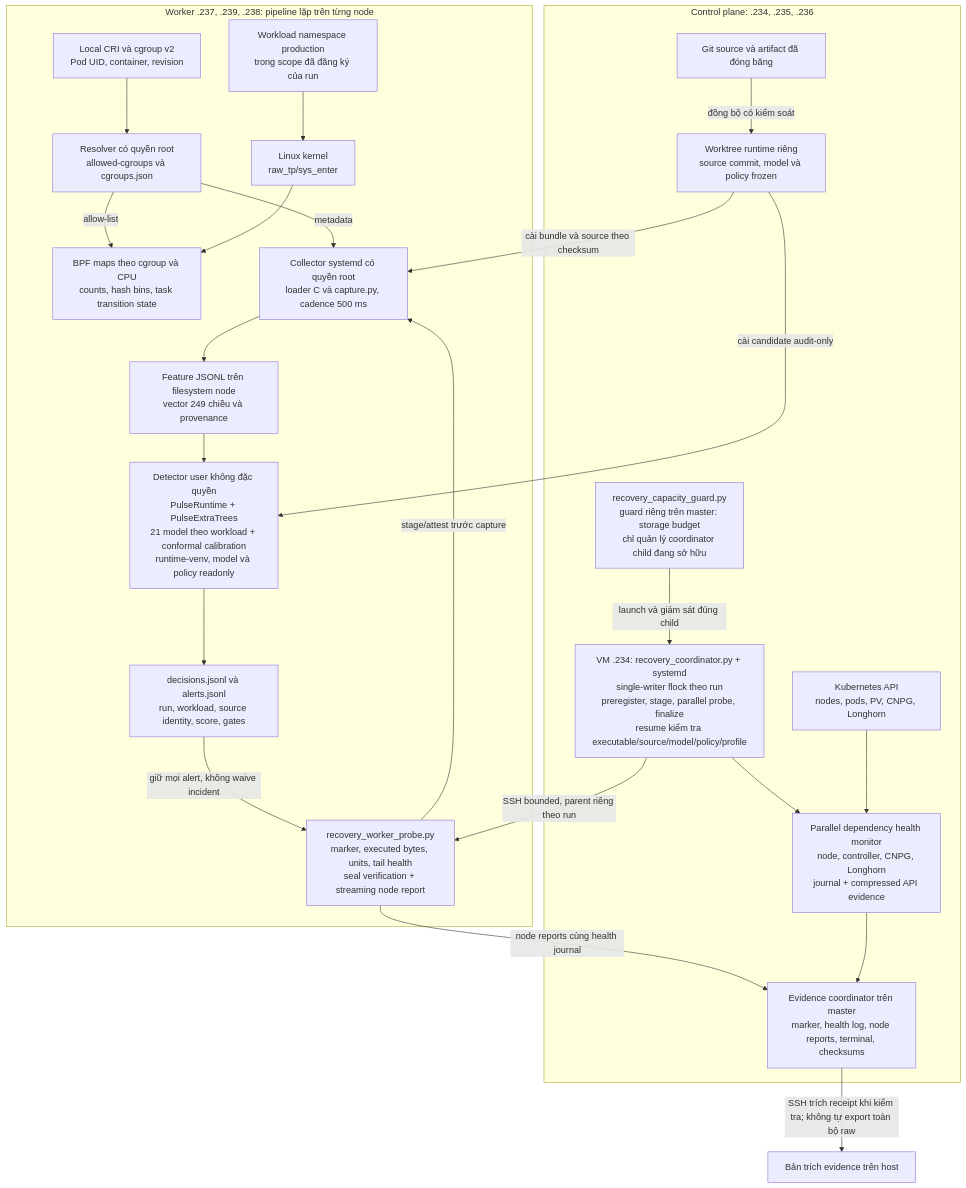
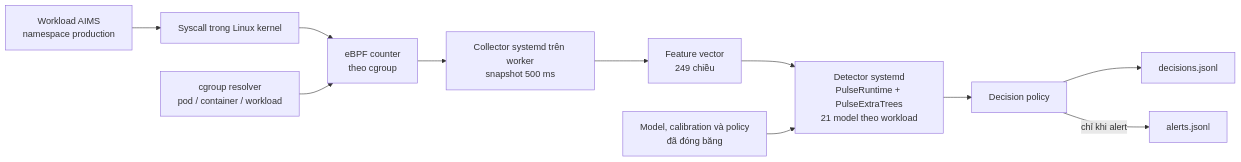
Before and after one commit to tndat-dev/eBPF-project: the first of 3 diagrams in sentinel-pulse.md, drawn with Mermaid. The commit also changed other lines of this file, not shown here.

Commit message:
Restore simple Sentinel Pulse architecture diagram

````diff
--- a/sentinel-pulse.md
+++ b/sentinel-pulse.md
@@ -50,46 +50,13 @@
 ```mermaid
-flowchart TB
-    subgraph CP["Control plane: .234, .235, .236"]
-        API["Kubernetes API<br/>nodes, pods, PV, CNPG, Longhorn"]
-        REPO["Git source và artifact đã đóng băng"]
-        GUARD["recovery_capacity_guard.py<br/>guard riêng trên master: storage budget<br/>chỉ quản lý coordinator child đang sở hữu"]
-        ORCH["VM .234: recovery_coordinator.py + systemd<br/>single-writer flock theo run<br/>preregister, stage, parallel probe, finalize<br/>resume kiểm tra executable/source/model/policy/profile"]
-        FROZEN["Worktree runtime riêng<br/>source commit, model và policy frozen"]
-        HEALTH["Parallel dependency health monitor<br/>node, controller, CNPG, Longhorn<br/>journal + compressed API evidence"]
-        ARCHIVE["Evidence coordinator trên master<br/>marker, health log, node reports, terminal, checksums"]
-    end
-
-    subgraph WORKERS["Worker .237, .239, .238: pipeline lặp trên từng node"]
-        POD["Workload namespace production<br/>trong scope đã đăng ký của run"]
-        CRI["Local CRI và cgroup v2<br/>Pod UID, container, revision"]
-        RES["Resolver có quyền root<br/>allowed-cgroups và cgroups.json"]
-        KERNEL["Linux kernel<br/>raw_tp/sys_enter"]
-        MAP["BPF maps theo cgroup và CPU<br/>counts, hash bins, task transition state"]
-        COL["Collector systemd có quyền root<br/>loader C và capture.py, cadence 500 ms"]
-        FEATURE["Feature JSONL trên filesystem node<br/>vector 249 chiều và provenance"]
-        DET["Detector user không đặc quyền<br/>PulseRuntime + PulseExtraTrees<br/>21 model theo workload + conformal calibration<br/>runtime-venv, model và policy readonly"]
-        OUTPUT["decisions.jsonl và alerts.jsonl<br/>run, workload, source identity, score, gates"]
-        PROBE["recovery_worker_probe.py<br/>marker, executed bytes, units, tail health<br/>seal verification + streaming node report"]
-    end
-
-    REPO -->|"đồng bộ có kiểm soát"| FROZEN
-    FROZEN -->|"cài bundle và source theo checksum"| COL
-    FROZEN -->|"cài candidate audit-only"| DET
-    GUARD -->|"launch và giám sát đúng child"| ORCH
-    CRI --> RES
-    RES -->|"allow-list"| MAP
-    RES -->|"metadata"| COL
-    POD --> KERNEL
-    KERNEL --> MAP
-    COL --> FEATURE
-    FEATURE --> DET
-    DET --> OUTPUT
-    ORCH -->|"SSH bounded, parent riêng theo run"| PROBE
-    PROBE -->|"stage/attest trước capture"| COL
-    OUTPUT -->|"giữ mọi alert, không waive incident"| PROBE
-    PROBE -->|"node reports cùng health journal"| ARCHIVE
-    ORCH --> HEALTH
-    API --> HEALTH
-    HEALTH --> ARCHIVE
-    ARCHIVE -->|"SSH trích receipt khi kiểm tra; không tự export toàn bộ raw"| LOCAL["Bản trích evidence trên host"]
+flowchart LR
+    APP["Workload AIMS<br/>namespace production"] --> CALL["Syscall trong Linux kernel"]
+    CALL --> EBPF["eBPF counter<br/>theo cgroup"]
+    ID["cgroup resolver<br/>pod / container / workload"] --> EBPF
+    EBPF --> COL["Collector systemd trên worker<br/>snapshot 500 ms"]
+    COL --> FEATURE["Feature vector<br/>249 chiều"]
+    FEATURE --> DET["Detector systemd<br/>PulseRuntime + PulseExtraTrees<br/>21 model theo workload"]
+    BUNDLE["Model, calibration và policy<br/>đã đóng băng"] --> DET
+    DET --> DEC["Decision policy"]
+    DEC --> OUT["decisions.jsonl"]
+    DEC -->|"chỉ khi alert"| ALERT["alerts.jsonl"]
 ```
````
